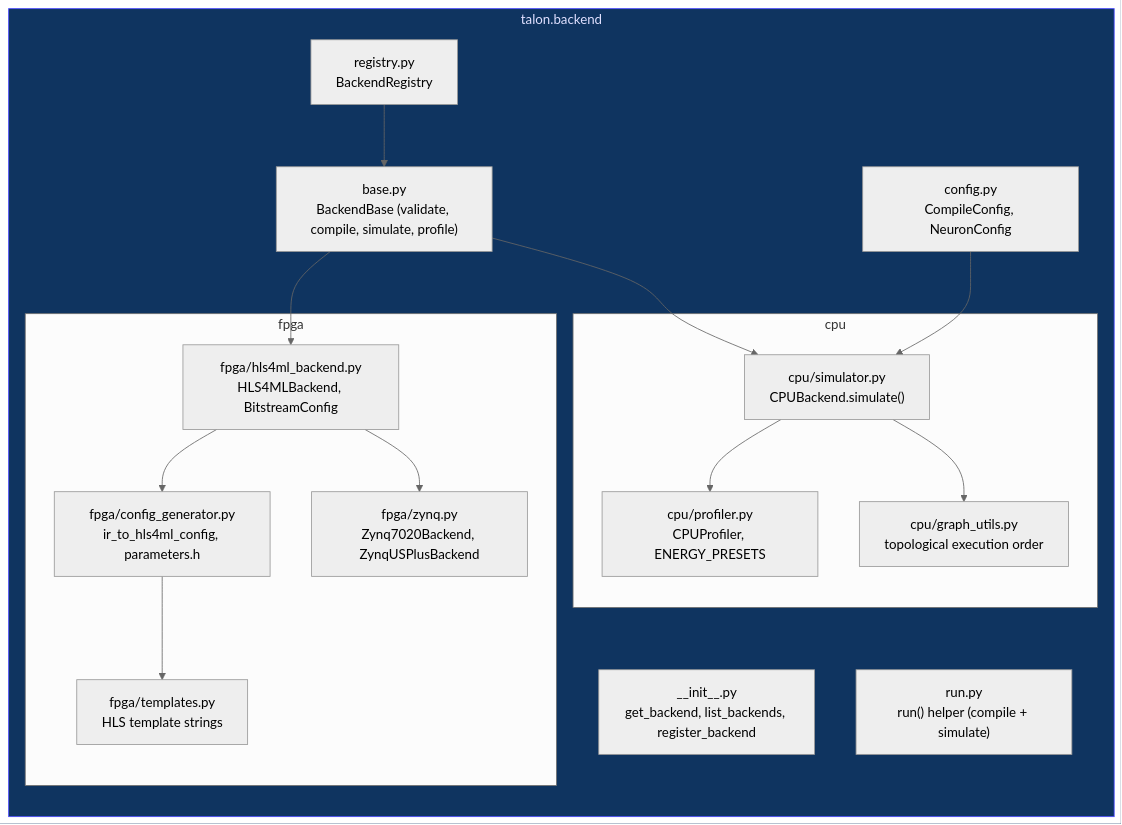
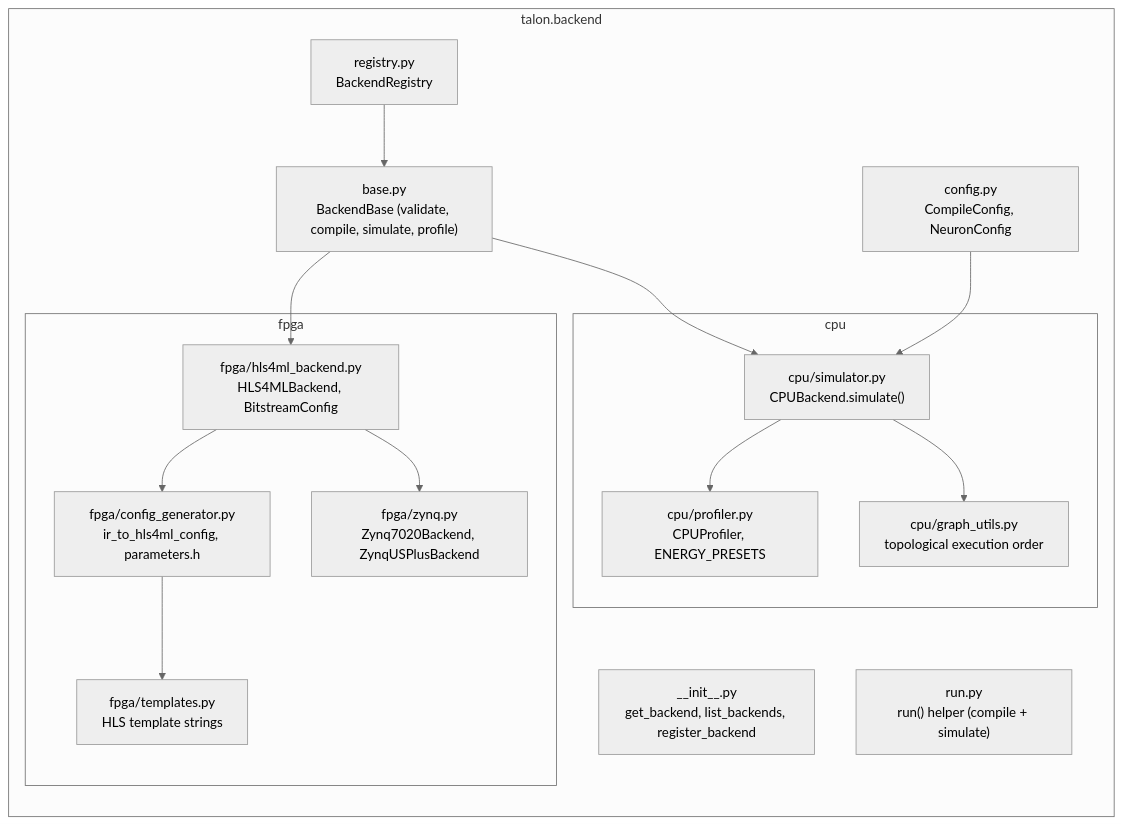
Before and after one commit to type1compute/docs: the sixth of 9 diagrams in docs/talon-ecosystem/architecture.md, drawn with Mermaid (neutral theme). The commit also changed other lines of this file and 35 other files, not shown here.

````diff
--- a/docs/talon-ecosystem/architecture.md
+++ b/docs/talon-ecosystem/architecture.md
@@ -329,35 +326,34 @@
 ```mermaid
 graph LR
     subgraph talon.backend
         Init["__init__.py<br/>get_backend, list_backends, register_backend"]
         Registry["registry.py<br/>BackendRegistry"]
         Base["base.py<br/>BackendBase (validate, compile, simulate, profile)"]
         Config["config.py<br/>CompileConfig, NeuronConfig"]
         Run["run.py<br/>run() helper (compile + simulate)"]
 
         subgraph cpu
             CPUSim["cpu/simulator.py<br/>CPUBackend.simulate()"]
             CPUProf["cpu/profiler.py<br/>CPUProfiler, ENERGY_PRESETS"]
             CPUUtils["cpu/graph_utils.py<br/>topological execution order"]
         end
 
         subgraph fpga
             HLS["fpga/hls4ml_backend.py<br/>HLS4MLBackend, BitstreamConfig"]
             ConfigGen["fpga/config_generator.py<br/>ir_to_hls4ml_config, parameters.h"]
             Zynq["fpga/zynq.py<br/>Zynq7020Backend, ZynqUSPlusBackend"]
             Templates["fpga/templates.py<br/>HLS template strings"]
         end
     end
 
     Registry --> Base
     Base --> CPUSim
     Base --> HLS
     Config --> CPUSim
     CPUSim --> CPUProf
     CPUSim --> CPUUtils
     HLS --> ConfigGen
     HLS --> Zynq
     ConfigGen --> Templates
 
-    style talon.backend fill:#0f3460,color:#e0e0ff,stroke:#4a4aff
 ```
````
